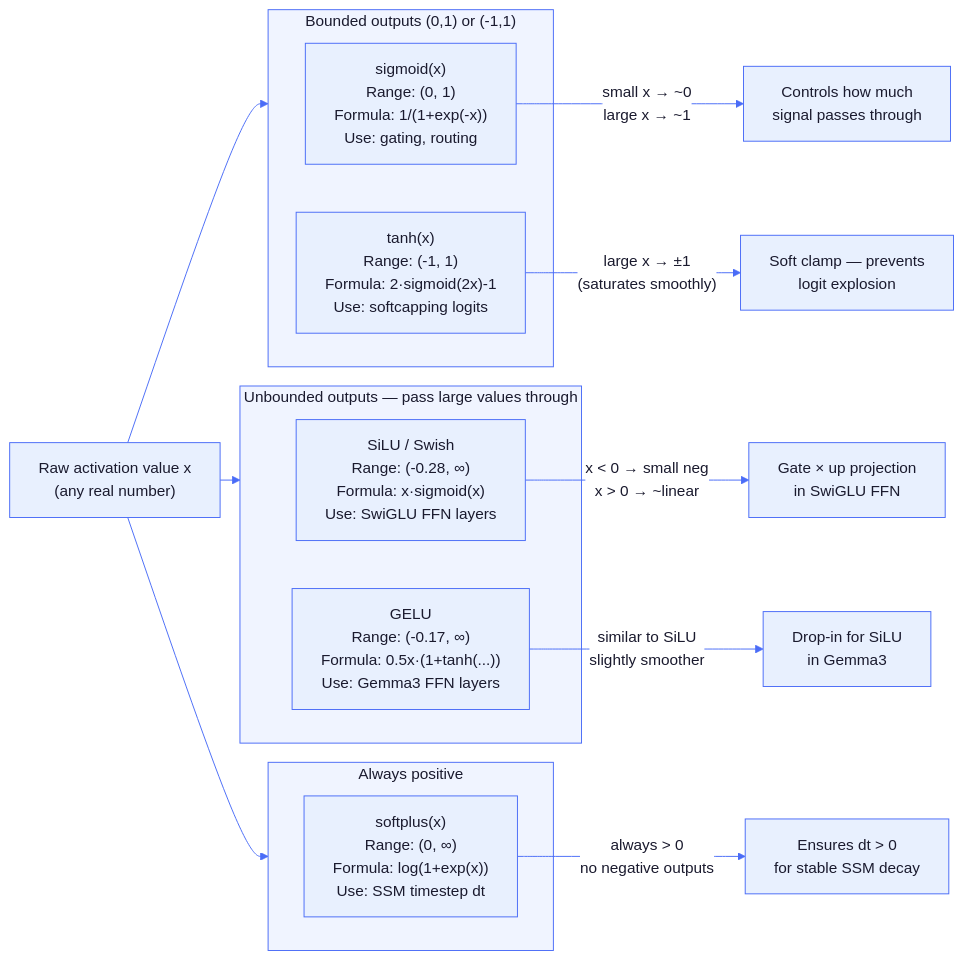
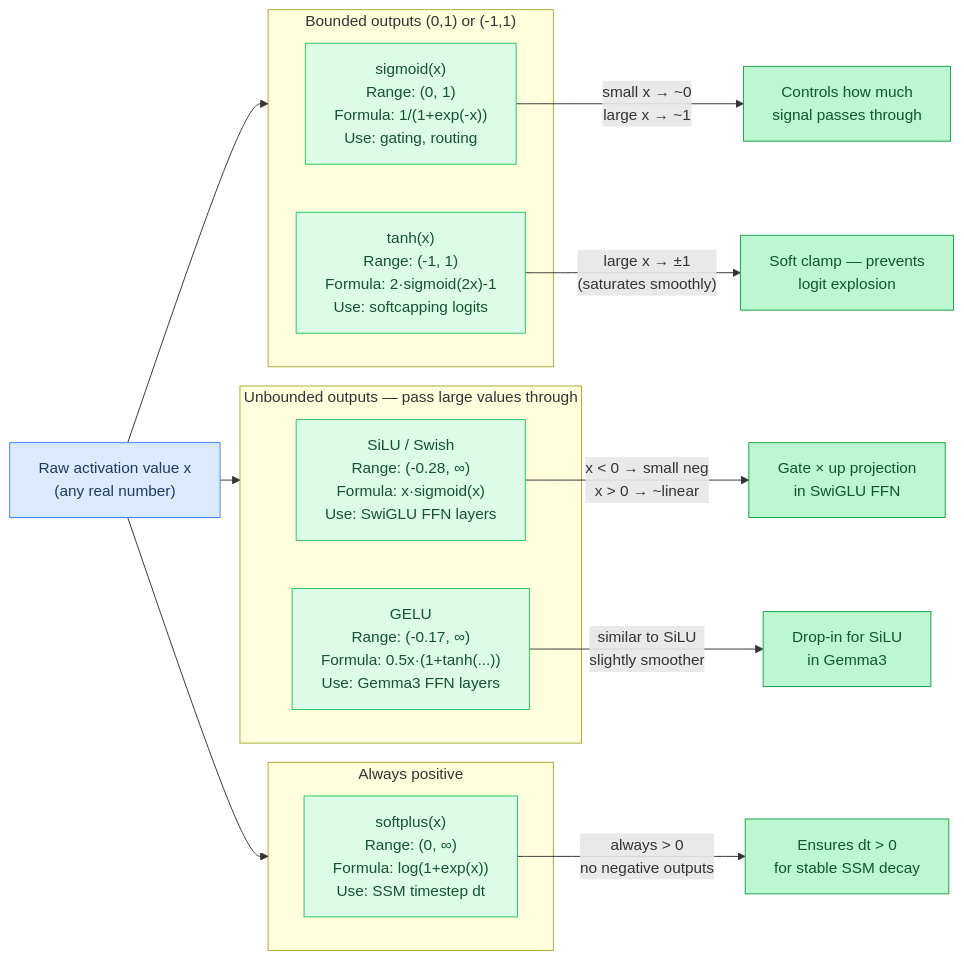
Before and after one commit to maci0/agave: the sixth of 8 diagrams in docs/tutorial/appendix-math.md, drawn with Mermaid. The commit also changed other lines of this file and 24 other files, not shown here.

First line of the commit message:
docs: convert all mermaid diagrams to classDef semantic colors

````diff
--- a/docs/tutorial/appendix-math.md
+++ b/docs/tutorial/appendix-math.md
@@ -468,40 +453,40 @@
 ```mermaid
-%%{init: {'theme': 'base', 'themeVariables': {
-  'primaryColor': '#e8f0fe',
-  'primaryTextColor': '#1a1a2e',
-  'primaryBorderColor': '#4a6cf7',
-  'lineColor': '#4a6cf7',
-  'secondaryColor': '#f0f4ff',
-  'tertiaryColor': '#f8f9ff',
-  'edgeLabelBackground': '#ffffff',
-  'clusterBkg': '#f0f4ff',
-  'clusterBorder': '#4a6cf7',
-  'titleColor': '#1a1a2e',
-  'nodeTextColor': '#1a1a2e',
-  'fontFamily': 'ui-monospace, SFMono-Regular, monospace'
-}}}%%
 flowchart LR
+    classDef setup     fill:#dbeafe,stroke:#3b82f6,color:#1e3a5f
+    classDef sync      fill:#dcfce7,stroke:#22c55e,color:#14532d
+    classDef migration fill:#fef9c3,stroke:#eab308,color:#713f12
+    classDef success   fill:#bbf7d0,stroke:#16a34a,color:#14532d
+    classDef danger    fill:#fee2e2,stroke:#ef4444,color:#7f1d1d
+    classDef optional  fill:#f3e8ff,stroke:#9333ea,color:#581c87
+
+    Input["Raw activation value x\n(any real number)"]:::setup
+    GateUse["Controls how much\nsignal passes through"]:::success
+    ClampUse["Soft clamp — prevents\nlogit explosion"]:::success
+    FFNUse["Gate × up projection\nin SwiGLU FFN"]:::success
+    GELUUse["Drop-in for SiLU\nin Gemma3"]:::success
+    DtUse["Ensures dt > 0\nfor stable SSM decay"]:::success
+
     subgraph Bounded["Bounded outputs (0,1) or (-1,1)"]
-        Sigmoid["sigmoid(x)\nRange: (0, 1)\nFormula: 1/(1+exp(-x))\nUse: gating, routing"]
-        Tanh["tanh(x)\nRange: (-1, 1)\nFormula: 2·sigmoid(2x)-1\nUse: softcapping logits"]
+        Sigmoid["sigmoid(x)\nRange: (0, 1)\nFormula: 1/(1+exp(-x))\nUse: gating, routing"]:::sync
+        Tanh["tanh(x)\nRange: (-1, 1)\nFormula: 2·sigmoid(2x)-1\nUse: softcapping logits"]:::sync
     end
 
     subgraph Unbounded["Unbounded outputs — pass large values through"]
-        SiLU["SiLU / Swish\nRange: (-0.28, ∞)\nFormula: x·sigmoid(x)\nUse: SwiGLU FFN layers"]
-        GELU["GELU\nRange: (-0.17, ∞)\nFormula: 0.5x·(1+tanh(...))\nUse: Gemma3 FFN layers"]
+        SiLU["SiLU / Swish\nRange: (-0.28, ∞)\nFormula: x·sigmoid(x)\nUse: SwiGLU FFN layers"]:::sync
+        GELU["GELU\nRange: (-0.17, ∞)\nFormula: 0.5x·(1+tanh(...))\nUse: Gemma3 FFN layers"]:::sync
     end
 
     subgraph AlwaysPos["Always positive"]
-        Softplus["softplus(x)\nRange: (0, ∞)\nFormula: log(1+exp(x))\nUse: SSM timestep dt"]
+        Softplus["softplus(x)\nRange: (0, ∞)\nFormula: log(1+exp(x))\nUse: SSM timestep dt"]:::sync
     end
 
-    Input["Raw activation value x\n(any real number)"] --> Bounded
+    Input --> Bounded
     Input --> Unbounded
     Input --> AlwaysPos
 
-    Sigmoid -->|"small x → ~0\nlarge x → ~1"| GateUse["Controls how much\nsignal passes through"]
-    Tanh -->|"large x → ±1\n(saturates smoothly)"| ClampUse["Soft clamp — prevents\nlogit explosion"]
-    SiLU -->|"x < 0 → small neg\nx > 0 → ~linear"| FFNUse["Gate × up projection\nin SwiGLU FFN"]
-    GELU -->|"similar to SiLU\nslightly smoother"| GELUUse["Drop-in for SiLU\nin Gemma3"]
-    Softplus -->|"always > 0\nno negative outputs"| DtUse["Ensures dt > 0\nfor stable SSM decay"]
+    Sigmoid -->|"small x → ~0\nlarge x → ~1"| GateUse
+    Tanh -->|"large x → ±1\n(saturates smoothly)"| ClampUse
+    SiLU -->|"x < 0 → small neg\nx > 0 → ~linear"| FFNUse
+    GELU -->|"similar to SiLU\nslightly smoother"| GELUUse
+    Softplus -->|"always > 0\nno negative outputs"| DtUse
 ```
````
